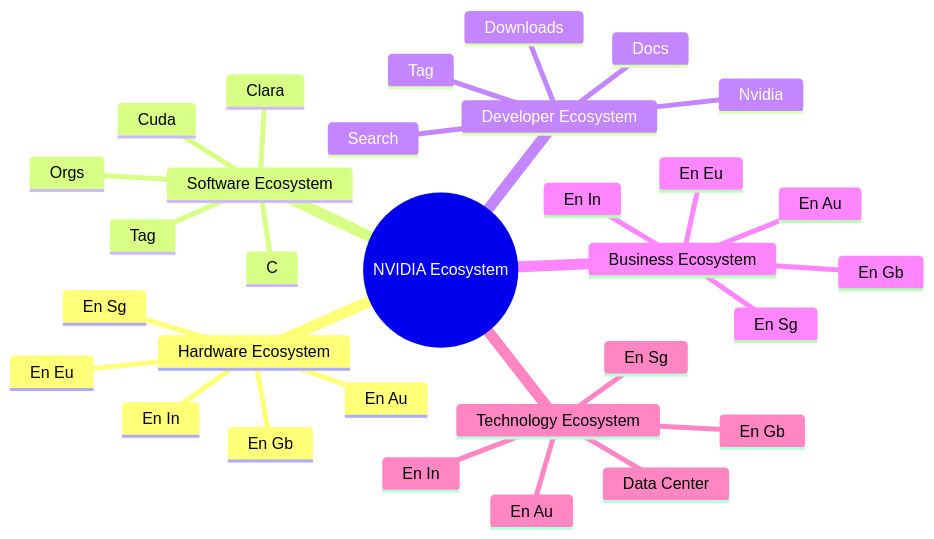
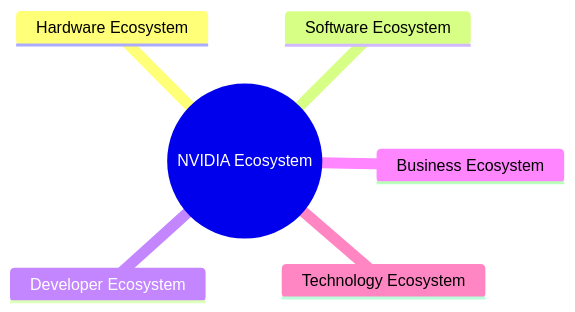
Before and after one commit to chenxingqiang/Nvidia-Software-Ecosystem: the first of 3 diagrams in output/nvidia_ecosystem_diagrams.md, drawn with Mermaid. The commit also changed other lines of this file and 4 other files, not shown here.

````diff
--- a/output/nvidia_ecosystem_diagrams.md
+++ b/output/nvidia_ecosystem_diagrams.md
@@ -7,34 +7,9 @@
 ```mermaid
 mindmap
   root((NVIDIA Ecosystem))
     Hardware Ecosystem
-      En Gb
-      En Au
-      En In
-      En Sg
-      En Eu
     Software Ecosystem
-      Tag
-      C
-      Cuda
-      Orgs
-      Clara
     Developer Ecosystem
-      Search
-      Tag
-      Docs
-      Nvidia
-      Downloads
     Business Ecosystem
-      En In
-      En Au
-      En Gb
-      En Sg
-      En Eu
     Technology Ecosystem
-      Data Center
-      En In
-      En Sg
-      En Au
-      En Gb
 ```
````
